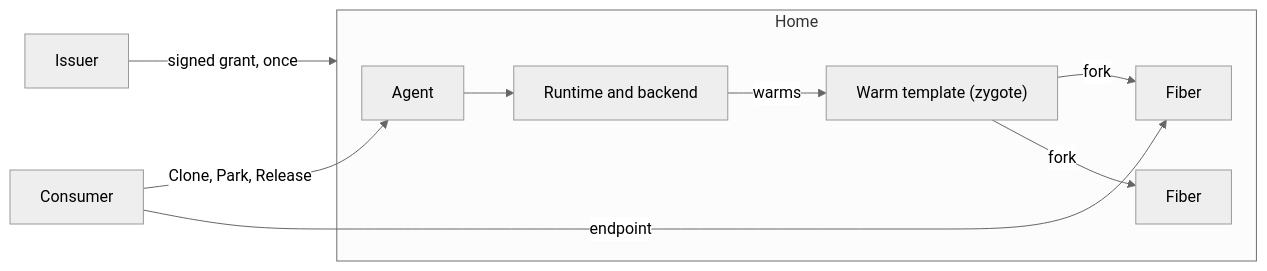
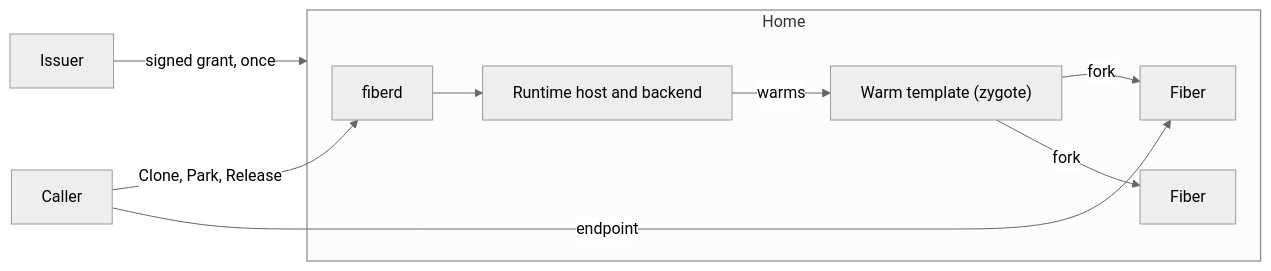
The diagram in docs/architecture.md (helayoty/fiberd), drawn with Mermaid (neutral theme) before and after one commit. The commit also changed other lines of this file and 286 other files, not shown here.

````diff
--- a/docs/architecture.md
+++ b/docs/architecture.md
@@ -16,12 +16,12 @@
 ```mermaid
 flowchart LR
   I[Issuer] -->|"signed grant, once"| H
-  C[Consumer] -->|"Clone, Park, Release"| A
+  C[Caller] -->|"Clone, Park, Release"| A
   subgraph H [Home]
-    A[Agent] --> R[Runtime and backend]
+    A[fiberd] --> R[Runtime host and backend]
     R -->|warms| Z["Warm template (zygote)"]
     Z -->|fork| F1[Fiber]
     Z -->|fork| F2[Fiber]
   end
   C -->|"endpoint"| F1
 ```
````
